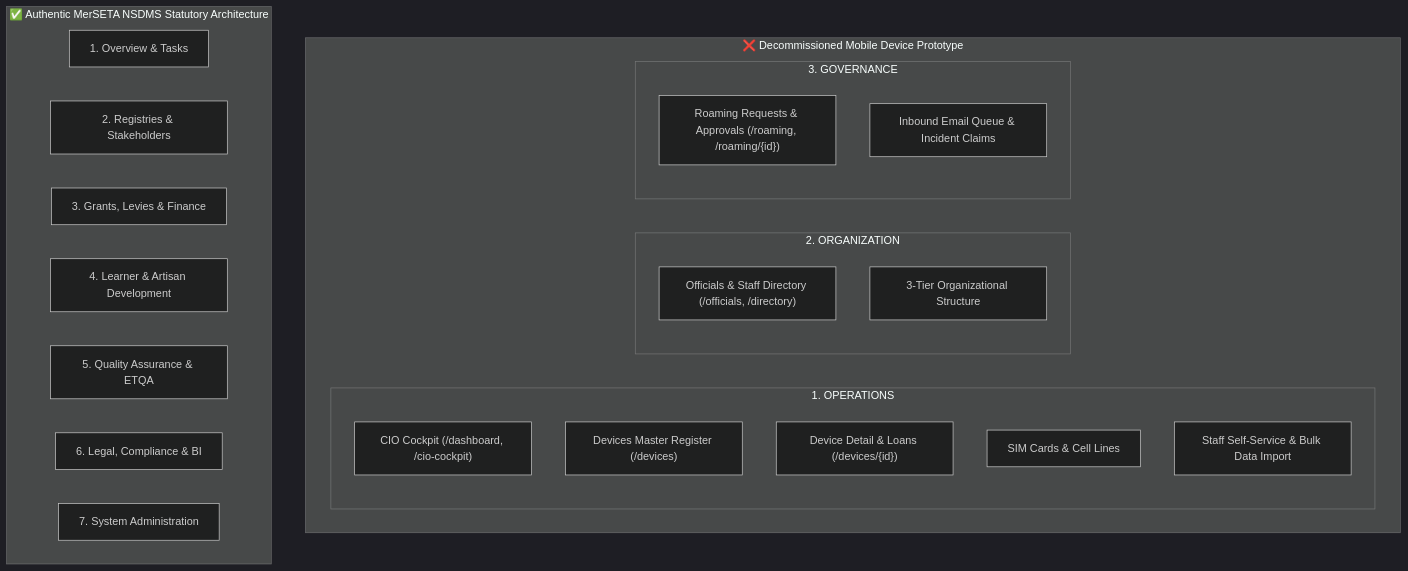
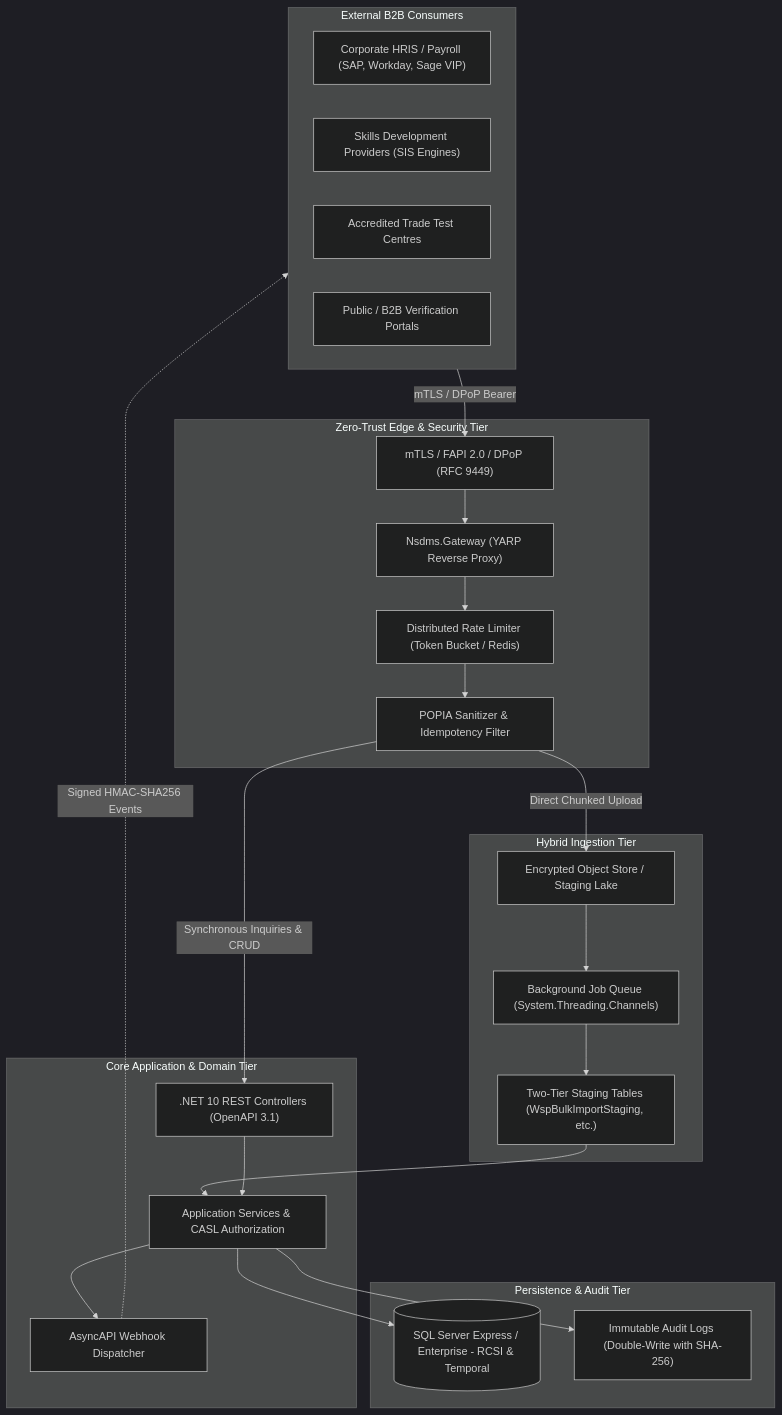
Before and after one commit to tebogommer/merseta-online: the diagram in docs/PLAN.md, drawn with Mermaid (dark theme). The commit also changed other lines of this file and 109 other files, not shown here.

First line of the commit message:
feat(security): implement Entra ID outage resilience, zero-hardcoding remediation & administrative settings UI

````diff
--- a/docs/PLAN.md
+++ b/docs/PLAN.md
@@ -18,30 +15,51 @@
 ```mermaid
-graph TD
-    subgraph Decommissioned["❌ Decommissioned Mobile Device Prototype"]
-        subgraph Operations["1. OPERATIONS"]
-            D1["CIO Cockpit (/dashboard, /cio-cockpit)"]
-            D2["Devices Master Register (/devices)"]
-            D3["Device Detail & Loans (/devices/{id})"]
-            D4["SIM Cards & Cell Lines"]
-            D5["Staff Self-Service & Bulk Data Import"]
-        end
-        subgraph Organization["2. ORGANIZATION"]
-            O1["Officials & Staff Directory (/officials, /directory)"]
-            O2["3-Tier Organizational Structure"]
-        end
-        subgraph Governance["3. GOVERNANCE"]
-            G1["Roaming Requests & Approvals (/roaming, /roaming/{id})"]
-            G2["Inbound Email Queue & Incident Claims"]
-        end
+flowchart TD
+    subgraph External["External B2B Consumers"]
+        HRIS["Corporate HRIS / Payroll (SAP, Workday, Sage VIP)"]
+        SDP["Skills Development Providers (SIS Engines)"]
+        TTC["Accredited Trade Test Centres"]
+        Verif["Public / B2B Verification Portals"]
     end
 
-    subgraph Authentic["✅ Authentic MerSETA NSDMS Statutory Architecture"]
-        P1["1. Overview & Tasks"]
-        P2["2. Registries & Stakeholders"]
-        P3["3. Grants, Levies & Finance"]
-        P4["4. Learner & Artisan Development"]
-        P5["5. Quality Assurance & ETQA"]
-        P6["6. Legal, Compliance & BI"]
-        P7["7. System Administration"]
+    subgraph Security["Zero-Trust Edge & Security Tier"]
+        mTLS["mTLS / FAPI 2.0 / DPoP (RFC 9449)"]
+        YARP["Nsdms.Gateway (YARP Reverse Proxy)"]
+        RateLimit["Distributed Rate Limiter (Token Bucket / Redis)"]
+        WAF["POPIA Sanitizer & Idempotency Filter"]
     end
+
+    subgraph Ingestion["Hybrid Ingestion Tier"]
+        DirectBlob["Encrypted Object Store / Staging Lake"]
+        Channels["Background Job Queue (System.Threading.Channels)"]
+        Staging["Two-Tier Staging Tables (WspBulkImportStaging, etc.)"]
+    end
+
+    subgraph Core["Core Application & Domain Tier"]
+        Controllers[".NET 10 REST Controllers (OpenAPI 3.1)"]
+        Webhooks["AsyncAPI Webhook Dispatcher"]
+        Domain["Application Services & CASL Authorization"]
+    end
+
+    subgraph Persistence["Persistence & Audit Tier"]
+        DB[(SQL Server Express / Enterprise - RCSI & Temporal)]
+        AuditLog["Immutable Audit Logs (Double-Write with SHA-256)"]
+    end
+
+    External -->|mTLS / DPoP Bearer| mTLS
+    mTLS --> YARP
+    YARP --> RateLimit
+    RateLimit --> WAF
+
+    WAF -->|Synchronous Inquiries & CRUD| Controllers
+    WAF -->|Direct Chunked Upload| DirectBlob
+
+    DirectBlob --> Channels
+    Channels --> Staging
+    Staging --> Domain
+
+    Controllers --> Domain
+    Domain --> DB
+    Domain --> AuditLog
+    Domain --> Webhooks
+    Webhooks -.->|Signed HMAC-SHA256 Events| External
 ```
````
